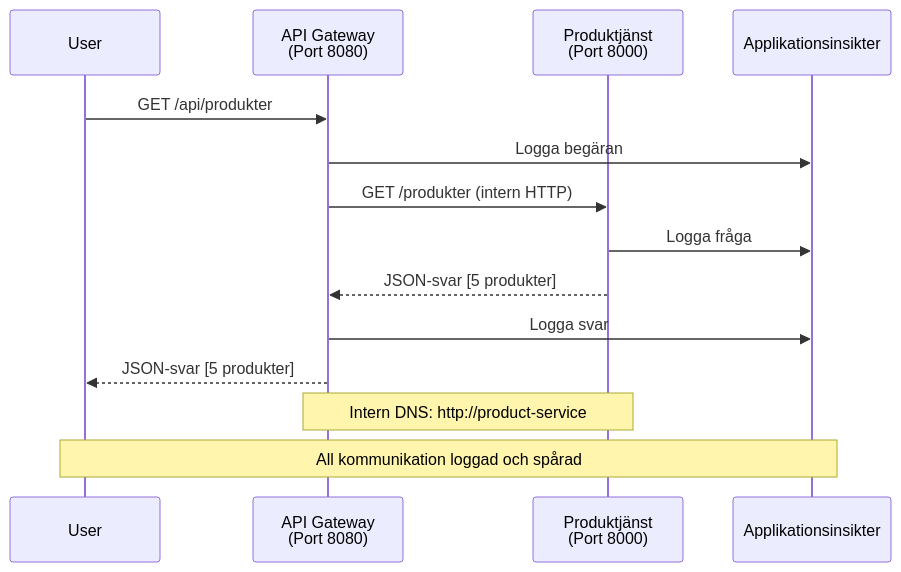
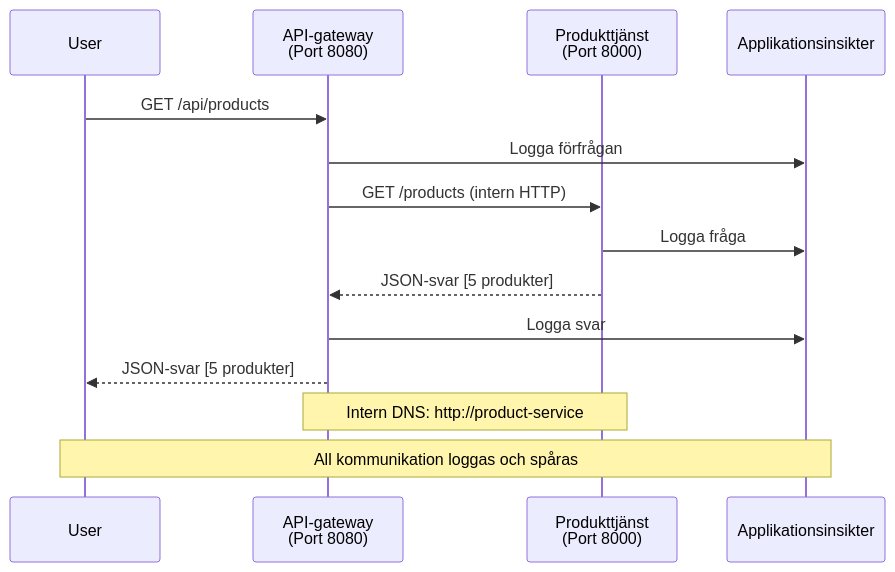
Before and after one commit to microsoft/AZD-for-beginners: the fourth of 4 diagrams in translations/sv/examples/microservices/README.md, drawn with Mermaid. The commit also changed other lines of this file and 242 other files, not shown here.

````diff
--- a/translations/sv/examples/microservices/README.md
+++ b/translations/sv/examples/microservices/README.md
@@ -432,18 +423,18 @@
 ```mermaid
 sequenceDiagram
     participant User
-    participant Gateway as API Gateway<br/>(Port 8080)
-    participant Product as Produktjänst<br/>(Port 8000)
+    participant Gateway as API-gateway<br/>(Port 8080)
+    participant Product as Produkttjänst<br/>(Port 8000)
     participant AI as Applikationsinsikter
     
-    User->>Gateway: GET /api/produkter
-    Gateway->>AI: Logga begäran
-    Gateway->>Product: GET /produkter (intern HTTP)
+    User->>Gateway: GET /api/products
+    Gateway->>AI: Logga förfrågan
+    Gateway->>Product: GET /products (intern HTTP)
     Product->>AI: Logga fråga
     Product-->>Gateway: JSON-svar [5 produkter]
     Gateway->>AI: Logga svar
     Gateway-->>User: JSON-svar [5 produkter]
     
     Note over Gateway,Product: Intern DNS: http://product-service
-    Note over User,AI: All kommunikation loggad och spårad
+    Note over User,AI: All kommunikation loggas och spåras
 ```
````
